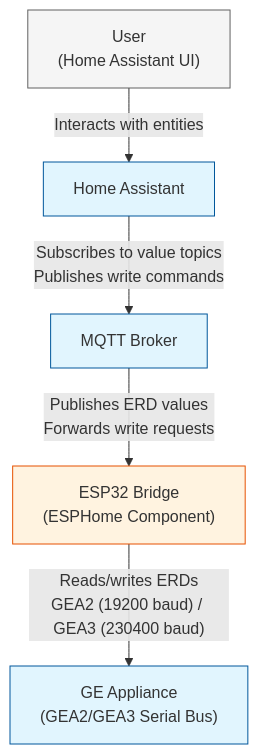
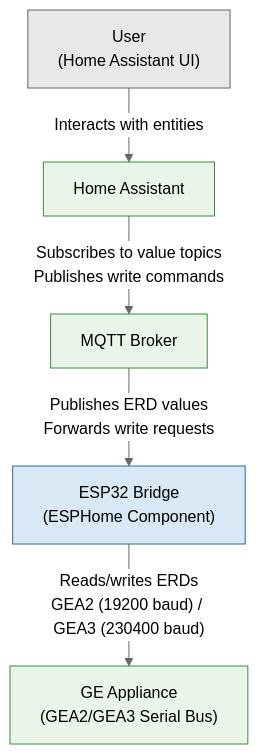
The first of 2 diagrams in docs/architecture/overview.md (eddietheengineer/home-assistant-bridge-esphome), drawn with Mermaid before and after one commit. The commit also changed other lines of this file and 3 other files, not shown here.

First line of the commit message:
docs: standardize Mermaid charts with light/dark compatible theme and fix rendering

````diff
--- a/docs/architecture/overview.md
+++ b/docs/architecture/overview.md
@@ -9,21 +9,22 @@
 ```mermaid
+%%{init: {"theme":"neutral","themeVariables":{"primaryColor":"#4a90d9","primaryBorderColor":"#2c6a9e","primaryTextColor":"#1a1a1a","secondaryColor":"#d9e8f5","tertiaryColor":"#f0f0f0","lineColor":"#666666","clusterBkg":"#f5f5f5","clusterBorder":"#cccccc","fontFamily":"monospace","nodeBorder":"#555555","edgeLabelBackground":"#ffffff","actorBkg":"#e8e8e8","actorBorder":"#666666","actorTextColor":"#1a1a1a"}}}%%
 graph TB
     USER["User<br/>(Home Assistant UI)"]
     HA["Home Assistant"]
     BROKER["MQTT Broker"]
     BRIDGE["ESP32 Bridge<br/>(ESPHome Component)"]
     APPLIANCE["GE Appliance<br/>(GEA2/GEA3 Serial Bus)"]
 
     USER -->|"Interacts with entities"| HA
     HA -->|"Subscribes to value topics<br/>Publishes write commands"| BROKER
     BROKER -->|"Publishes ERD values<br/>Forwards write requests"| BRIDGE
     BRIDGE -->|"Reads/writes ERDs<br/>GEA2 (19200 baud) / GEA3 (230400 baud)"| APPLIANCE
 
-    classDef actor fill:#f5f5f5,stroke:#616161
-    classDef system fill:#fff3e0,stroke:#e65100
-    classDef external fill:#e1f5fe,stroke:#01579b
+    classDef actor fill:#e8e8e8,stroke:#666666
+    classDef system fill:#d9e8f5,stroke:#2c6a9e
+    classDef external fill:#e8f5e8,stroke:#388e3c
 
     class USER actor
     class BRIDGE system
     class HA,BROKER,APPLIANCE external
 ```
````
